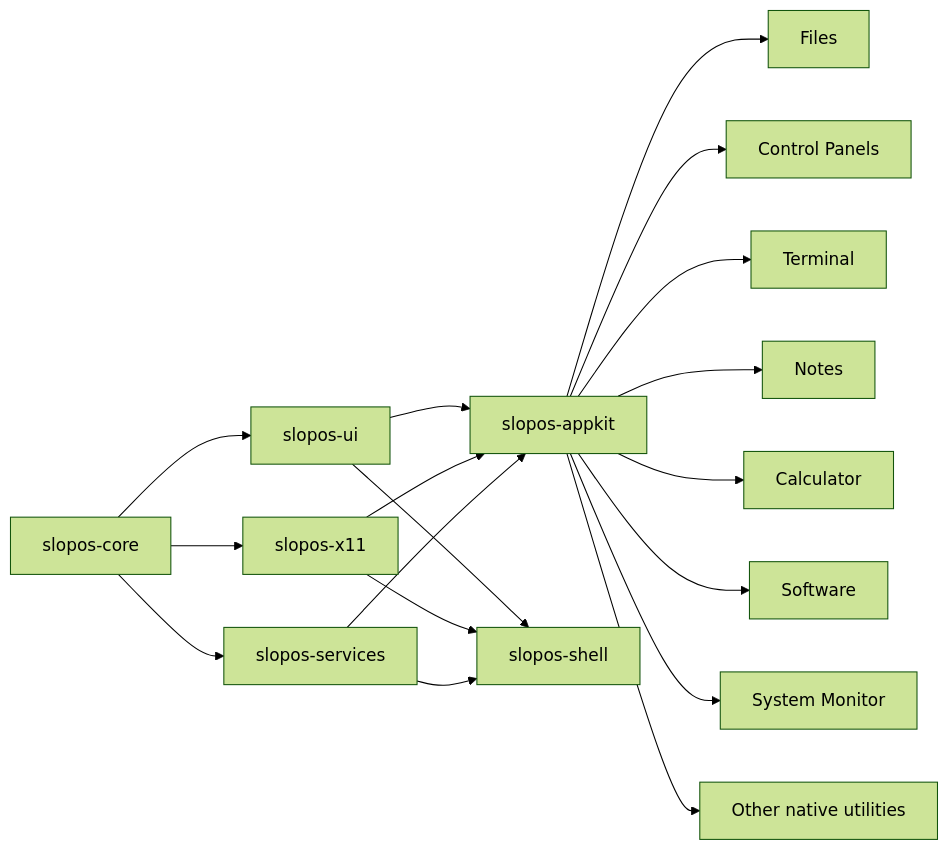
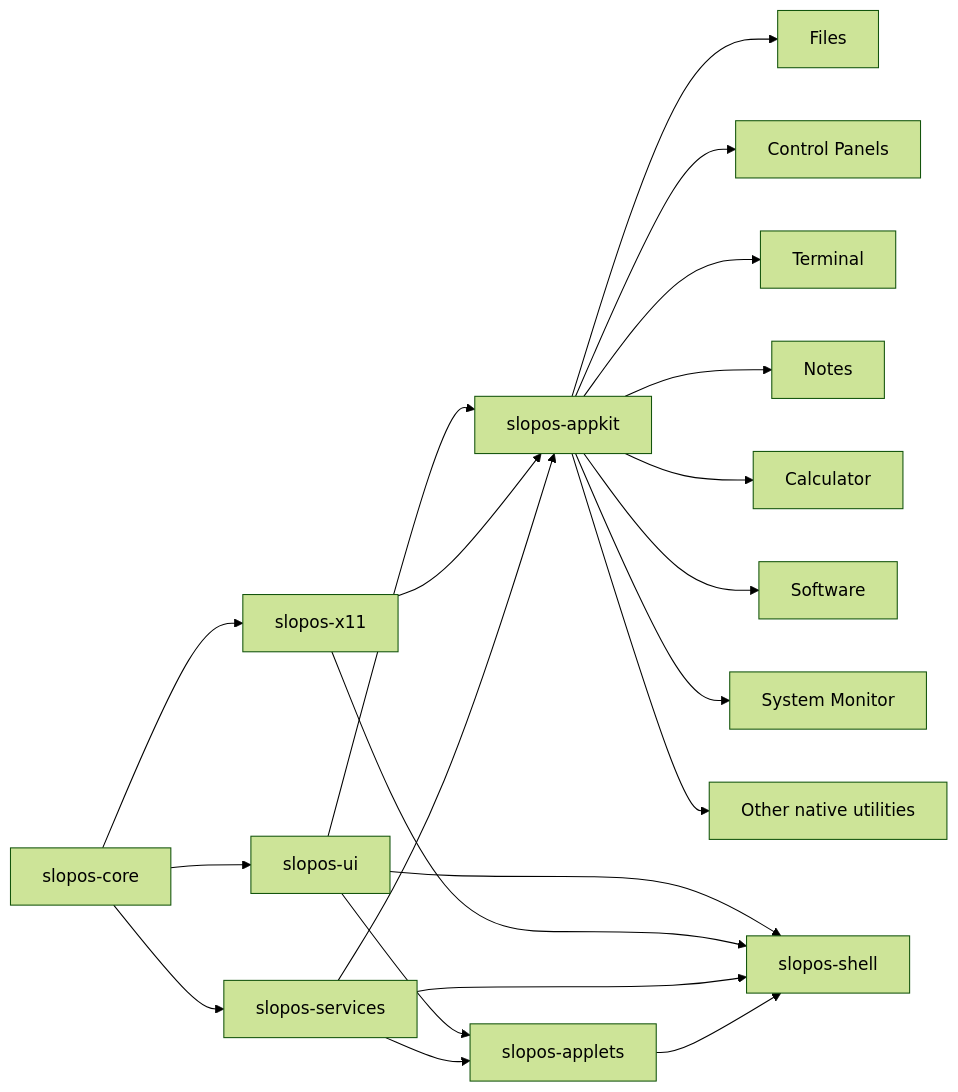
The second of 5 diagrams in AGENTS.md (palaashatri/rust-slopos), drawn with Mermaid (forest theme) before and after one commit. The commit also changed other lines of this file, not shown here.

Commit message:
docs: define complete shell, Dock, applets and OSD platform

````diff
--- a/AGENTS.md
+++ b/AGENTS.md
@@ -321,23 +385,27 @@
-```mermaid
+~~~mermaid
 flowchart LR
     CORE[slopos-core] --> UI[slopos-ui]
     CORE --> X11[slopos-x11]
     CORE --> SERVICES[slopos-services]
 
     UI --> APPKIT[slopos-appkit]
     X11 --> APPKIT
     SERVICES --> APPKIT
+
+    UI --> APPLETS[slopos-applets]
+    SERVICES --> APPLETS
 
     APPKIT --> FILES[Files]
     APPKIT --> SETTINGS[Control Panels]
     APPKIT --> TERMINAL[Terminal]
     APPKIT --> NOTES[Notes]
     APPKIT --> CALC[Calculator]
     APPKIT --> SOFTWARE[Software]
     APPKIT --> MONITOR[System Monitor]
     APPKIT --> UTIL[Other native utilities]
 
     UI --> SHELL[slopos-shell]
     X11 --> SHELL
     SERVICES --> SHELL
-```
+    APPLETS --> SHELL
+~~~
````
